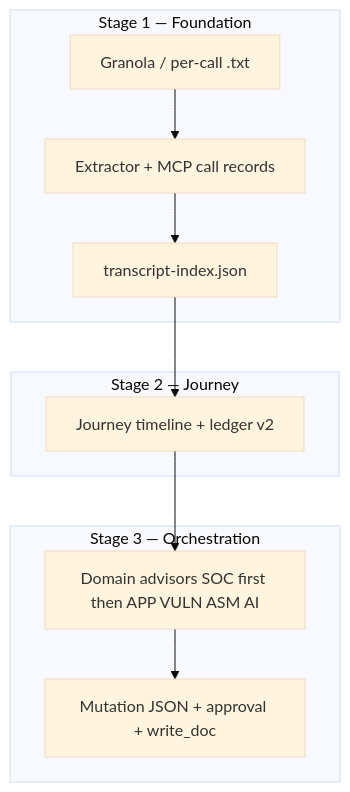
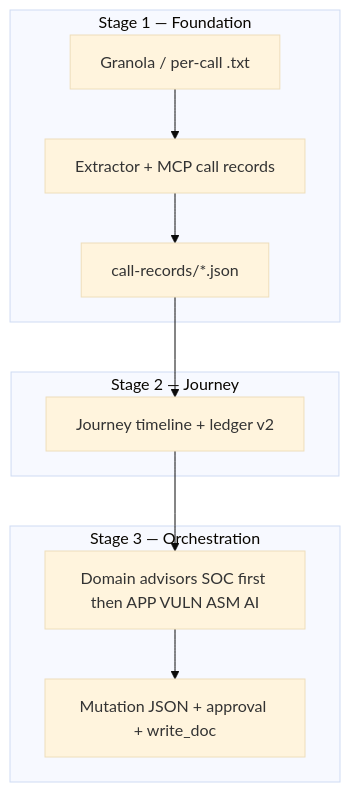
Before and after one commit to ppresto/prestonotes: the diagram in docs/V2_MVP_BUILD_PLAN.md, drawn with Mermaid (base theme). The commit also changed other lines of this file and 280 other files, not shown here.

````diff
--- a/docs/V2_MVP_BUILD_PLAN.md
+++ b/docs/V2_MVP_BUILD_PLAN.md
@@ -34,14 +34,14 @@
 ```mermaid
 flowchart TB
   subgraph stage1 [Stage 1 — Foundation]
     A[Granola / per-call .txt] --> B[Extractor + MCP call records]
-    B --> C[transcript-index.json]
+    B --> C[call-records/*.json]
   end
   subgraph stage2 [Stage 2 — Journey]
     C --> D[Journey timeline + ledger v2]
   end
   subgraph stage3 [Stage 3 — Orchestration]
     D --> E[Domain advisors SOC first then APP VULN ASM AI]
     E --> F[Mutation JSON + approval + write_doc]
   end
 ```
````
